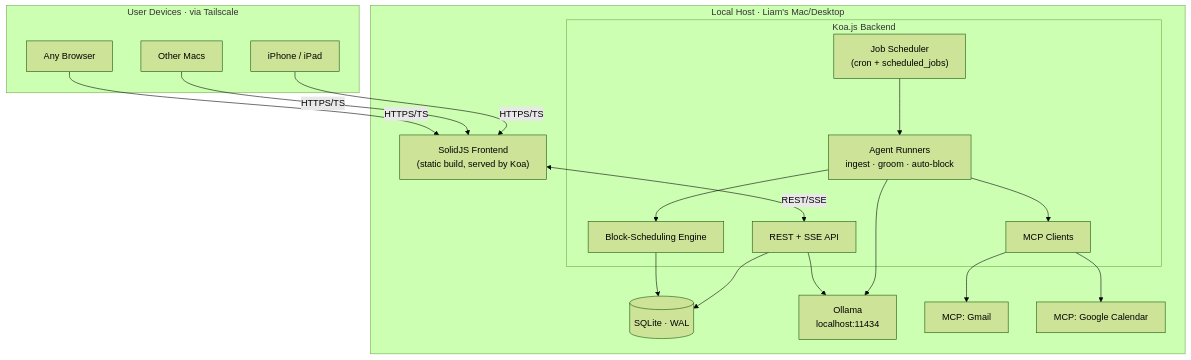
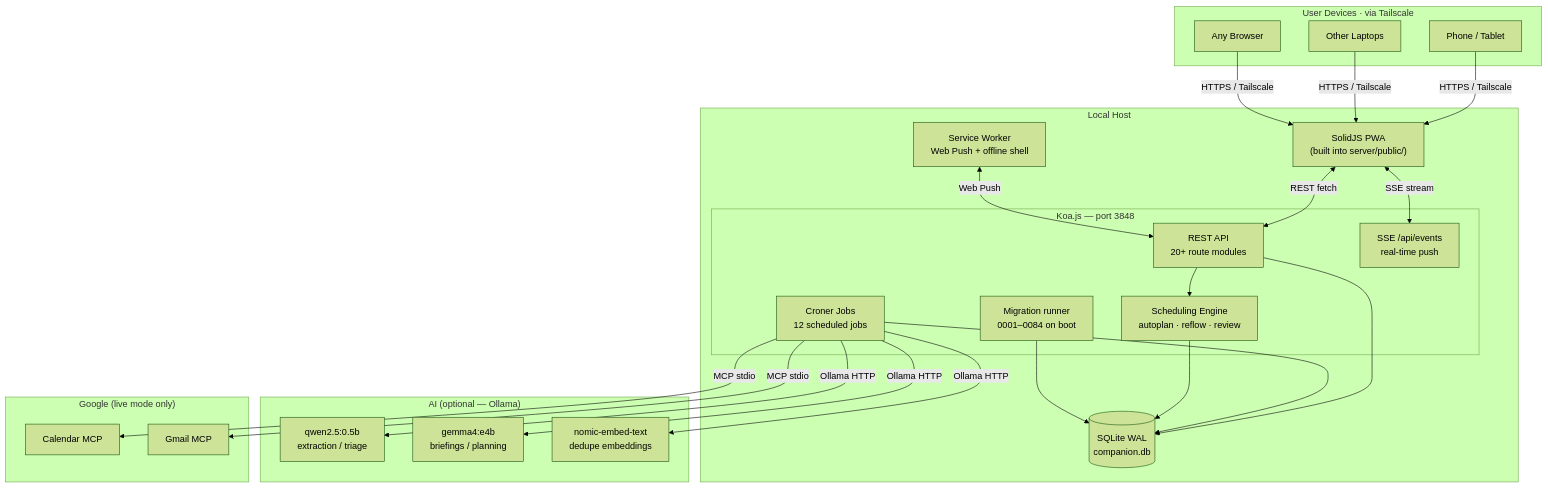
The first of 6 diagrams in ARCHITECTURE.md (companionintelligence/CI-Planning), drawn with Mermaid (forest theme) before and after one commit. The commit also changed other lines of this file and 3 other files, not shown here.

First line of the commit message:
docs: update ARCHITECTURE, README, ROADMAP, GLOSSARY for Phase N shipped state

````diff
--- a/ARCHITECTURE.md
+++ b/ARCHITECTURE.md
@@ -80,35 +38,49 @@
 ```mermaid
 graph TB
     subgraph Devices["User Devices · via Tailscale"]
-        iPhone["iPhone / iPad"]
-        Macs["Other Macs"]
+        Phone["Phone / Tablet"]
+        Laptop["Other Laptops"]
         Browser["Any Browser"]
     end
-    subgraph Host["Local Host · Liam's Mac/Desktop"]
-        subgraph Koa["Koa.js Backend"]
-            API["REST + SSE API"]
-            Sched["Job Scheduler<br/>(cron + scheduled_jobs)"]
-            Agents["Agent Runners<br/>ingest · groom · auto-block"]
-            MCPc["MCP Clients"]
-            Engine["Block-Scheduling Engine"]
+
+    subgraph Host["Local Host"]
+        subgraph Koa["Koa.js — port 3848"]
+            API["REST API<br/>20+ route modules"]
+            SSE["SSE /api/events<br/>real-time push"]
+            Engine["Scheduling Engine<br/>autoplan · reflow · review"]
+            Cron["Croner Jobs<br/>12 scheduled jobs"]
+            Migrate["Migration runner<br/>0001–0084 on boot"]
         end
-        FE["SolidJS Frontend<br/>(static build, served by Koa)"]
-        DB[("SQLite · WAL")]
-        Ollama["Ollama<br/>localhost:11434"]
-        Gmail["MCP: Gmail"]
-        GCal["MCP: Google Calendar"]
+        FE["SolidJS PWA<br/>(built into server/public/)"]
+        SW["Service Worker<br/>Web Push + offline shell"]
+        DB[("SQLite WAL<br/>companion.db")]
     end
-    iPhone -->|HTTPS/TS| FE
-    Macs -->|HTTPS/TS| FE
-    Browser -->|HTTPS/TS| FE
-    FE <-->|REST/SSE| API
+
+    subgraph AI["AI (optional — Ollama)"]
+        Small["qwen2.5:0.5b<br/>extraction / triage"]
+        Medium["gemma4:e4b<br/>briefings / planning"]
+        Embed["nomic-embed-text<br/>dedupe embeddings"]
+    end
+
+    subgraph Google["Google (live mode only)"]
+        GCal["Calendar MCP"]
+        Gmail["Gmail MCP"]
+    end
+
+    Phone -->|HTTPS / Tailscale| FE
+    Laptop -->|HTTPS / Tailscale| FE
+    Browser -->|HTTPS / Tailscale| FE
+    FE <-->|REST fetch| API
+    FE <-->|SSE stream| SSE
+    SW <-->|Web Push| API
+    API --> Engine
     API --> DB
-    Sched --> Agents
-    Agents --> Engine
-    Agents --> MCPc
-    Agents --> Ollama
+    Cron --> DB
+    Cron -->|Ollama HTTP| Small
+    Cron -->|Ollama HTTP| Medium
+    Cron -->|Ollama HTTP| Embed
+    Cron -->|MCP stdio| GCal
+    Cron -->|MCP stdio| Gmail
     Engine --> DB
-    MCPc --> Gmail
-    MCPc --> GCal
-    API --> Ollama
+    Migrate --> DB
 ```
````
